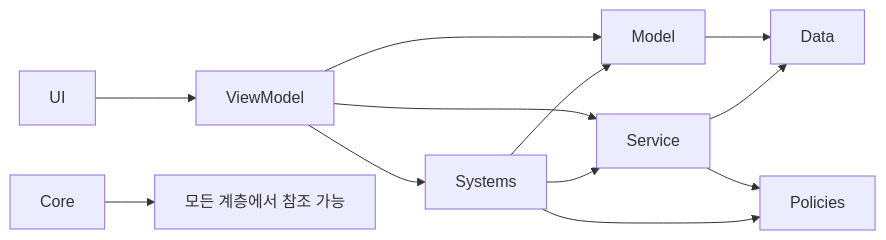
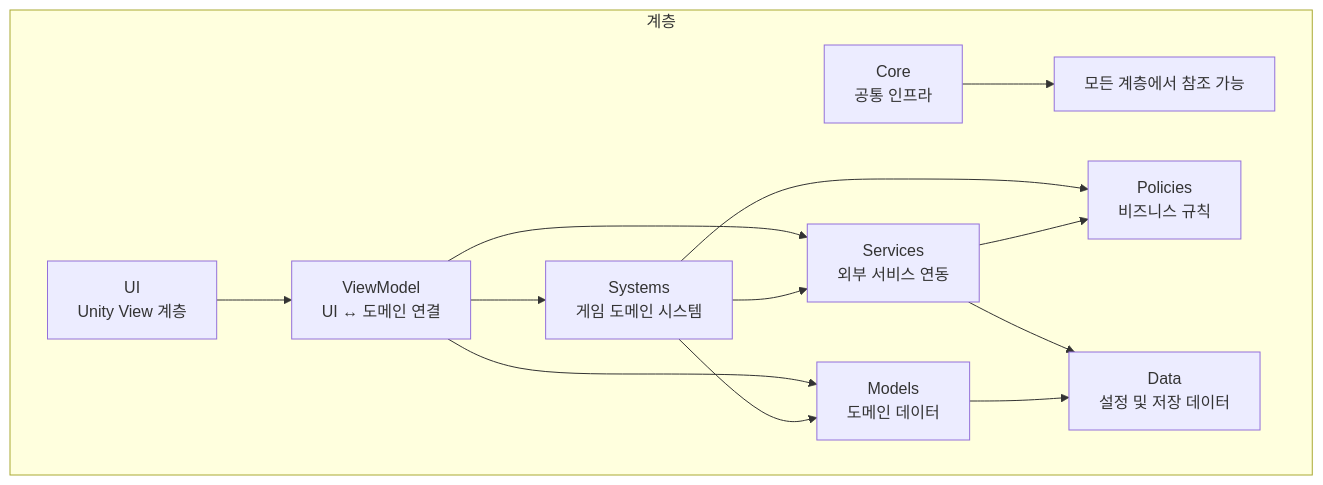
Before and after one commit to HyunWoo-Jo/DCommando: the diagram in README.md, drawn with Mermaid. The commit also changed other lines of this file, not shown here.

````diff
--- a/README.md
+++ b/README.md
@@ -17,23 +19,27 @@
 ```mermaid
-graph LR
-  c[Core]
-  u[UI]
-  vm[ViewModel]
-  sys[Systems]
-  m[Model]
-  d[Data]
-  p[Policies]
-  ser[Service]
+graph TB
+    subgraph "계층"
+        UI[UI<br/>Unity View 계층]
+        VM[ViewModel<br/>UI ↔ 도메인 연결]
+        SYS[Systems<br/>게임 도메인 시스템]
+        POL[Policies<br/>비즈니스 규칙]
+        MOD[Models<br/>도메인 데이터]
+        SER[Services<br/>외부 서비스 연동]
+        DAT[Data<br/>설정 및 저장 데이터]
+        COR[Core<br/>공통 인프라]
 
-u --> vm
-vm --> m
-vm --> sys
-vm --> ser
-sys --> m
-m --> d
-sys --> ser
-ser --> d
-ser --> p
-sys --> p
-c --> memo[모든 계층에서 참조 가능]
+        Memo[모든 계층에서 참조 가능]
+    end
+    COR --> Memo
+
+    UI --> VM
+    VM --> SYS
+    VM --> SER
+    VM --> MOD
+    SYS --> MOD
+    SYS --> POL
+    SYS --> SER
+    SER --> DAT
+    SER --> POL
+    MOD --> DAT
 ```
````
